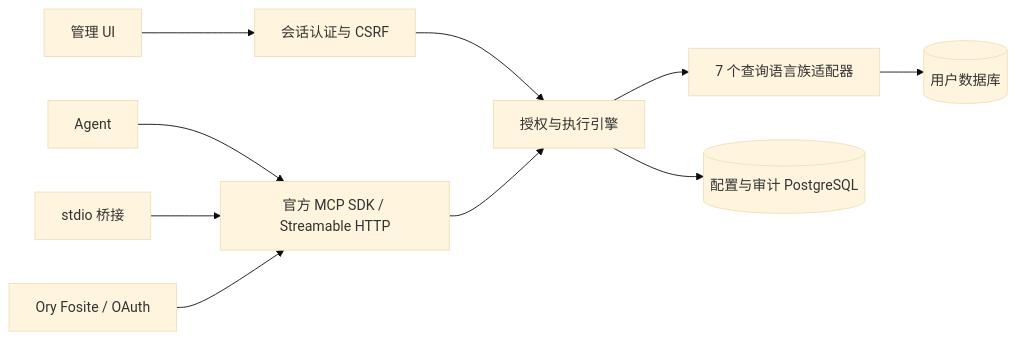
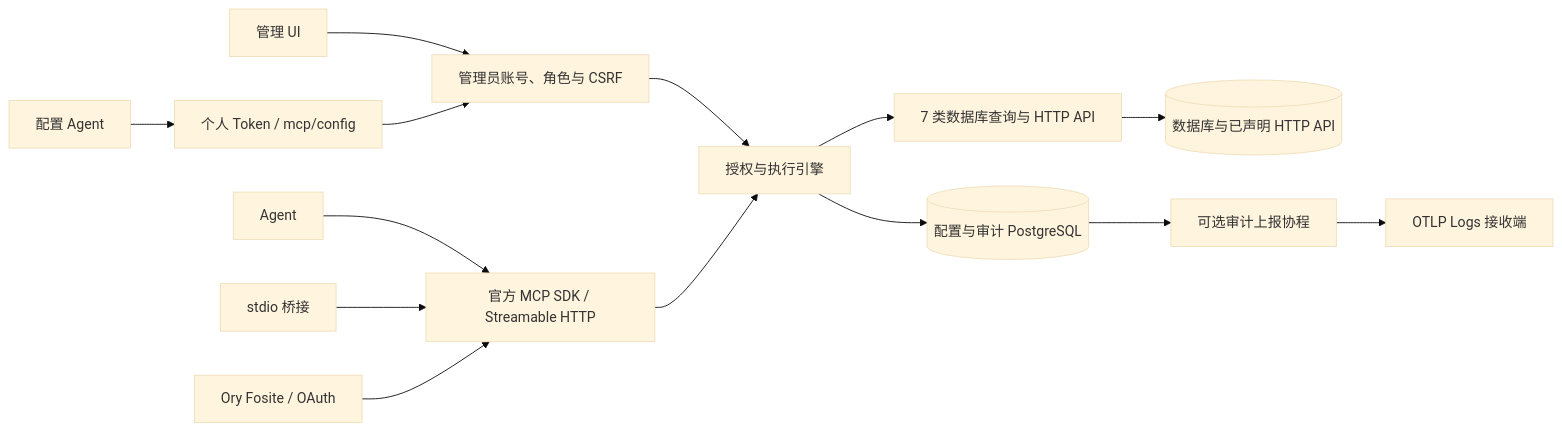
The diagram in docs/architecture.zh-CN.md (SamuelSupe/contextGate), drawn with Mermaid (base theme) before and after one commit. The commit also changed other lines of this file and 31 other files, not shown here.

````diff
--- a/docs/architecture.zh-CN.md
+++ b/docs/architecture.zh-CN.md
@@ -7,12 +7,16 @@
 ```mermaid
 flowchart LR
-  UI[管理 UI] --> API[会话认证与 CSRF]
+  UI[管理 UI] --> API[管理员账号、角色与 CSRF]
   Agent[Agent] --> MCP[官方 MCP SDK / Streamable HTTP]
   CLI[stdio 桥接] --> MCP
   OAuth[Ory Fosite / OAuth] --> MCP
+  SetupAgent[配置 Agent] --> ConfigMCP[个人 Token / mcp/config]
+  ConfigMCP --> API
   API --> Execute[授权与执行引擎]
   MCP --> Execute
-  Execute --> Adapters[7 个查询语言族适配器]
-  Adapters --> DB[(用户数据库)]
+  Execute --> Adapters[7 类数据库查询与 HTTP API]
+  Adapters --> DB[(数据库与已声明 HTTP API)]
   Execute --> Store[(配置与审计 PostgreSQL)]
+  Store --> Export[可选审计上报协程]
+  Export --> OTLP[OTLP Logs 接收端]
 ```
````
